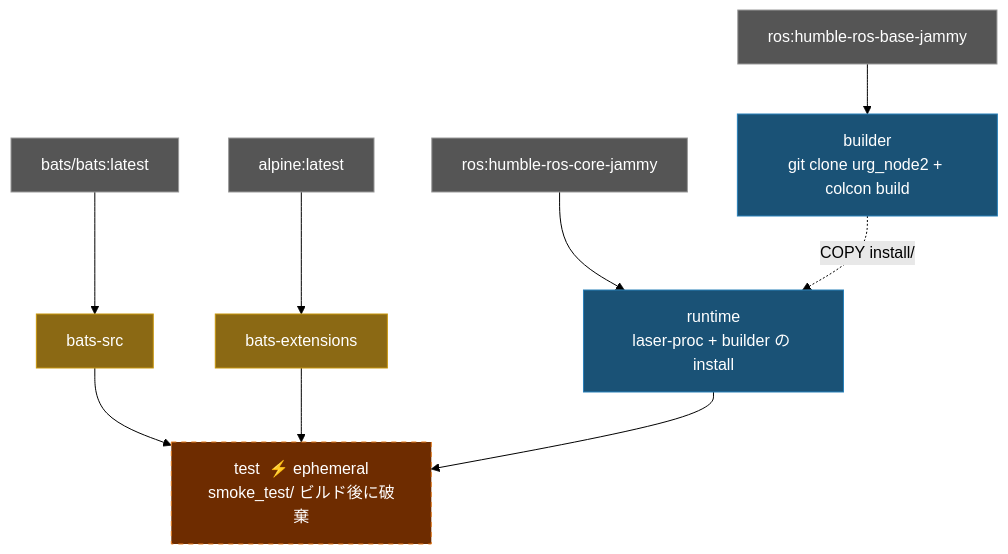
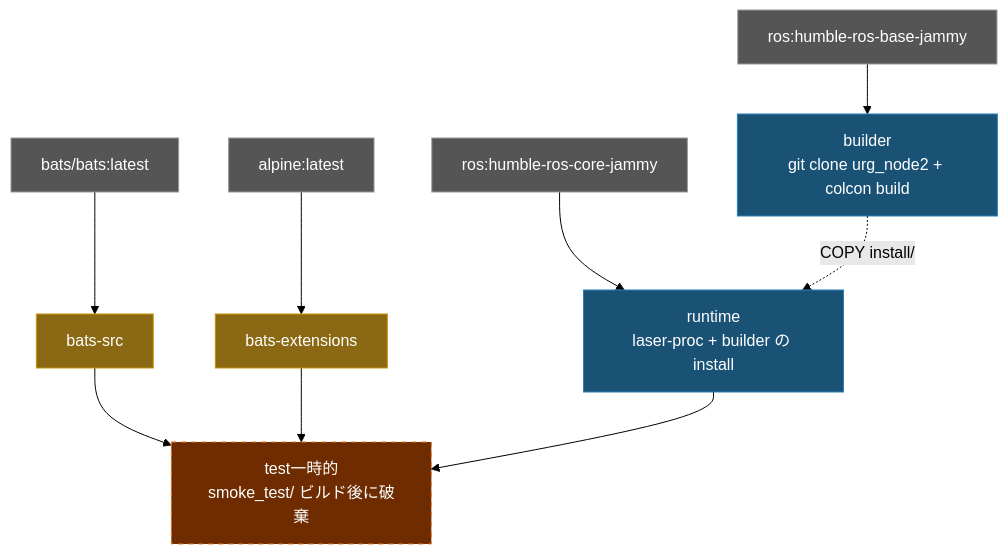
Before and after one commit to ycpss91255-docker/urg_node2: the diagram in doc/README.ja.md, drawn with Mermaid (forest theme). The commit also changed 3 other files, not shown here.

Commit message:
docs: remove ⚡ emoji and translate ephemeral in architecture diagrams

````diff
--- a/doc/README.ja.md
+++ b/doc/README.ja.md
@@ -96,24 +96,24 @@
 ```mermaid
 graph TD
     EXT1["bats/bats:latest"]:::external
     EXT2["alpine:latest"]:::external
     EXT3["ros:humble-ros-base-jammy"]:::external
     EXT4["ros:humble-ros-core-jammy"]:::external
 
     EXT1 --> bats-src["bats-src"]:::tool
     EXT2 --> bats-ext["bats-extensions"]:::tool
 
     EXT3 --> builder["builder\ngit clone urg_node2 + colcon build"]:::stage
 
     EXT4 --> runtime["runtime\nlaser-proc + builder の install"]:::stage
     builder -.->|COPY install/| runtime
 
-    bats-src --> test["test  ⚡ ephemeral\nsmoke_test/ ビルド後に破棄"]:::ephemeral
+    bats-src --> test["test一時的\nsmoke_test/ ビルド後に破棄"]:::ephemeral
     bats-ext --> test
     runtime --> test
 
     classDef external fill:#555,color:#fff,stroke:#999
     classDef tool fill:#8B6914,color:#fff,stroke:#c8960c
     classDef stage fill:#1a5276,color:#fff,stroke:#2980b9
     classDef ephemeral fill:#6e2c00,color:#fff,stroke:#e67e22,stroke-dasharray:5 5
 ```
````
